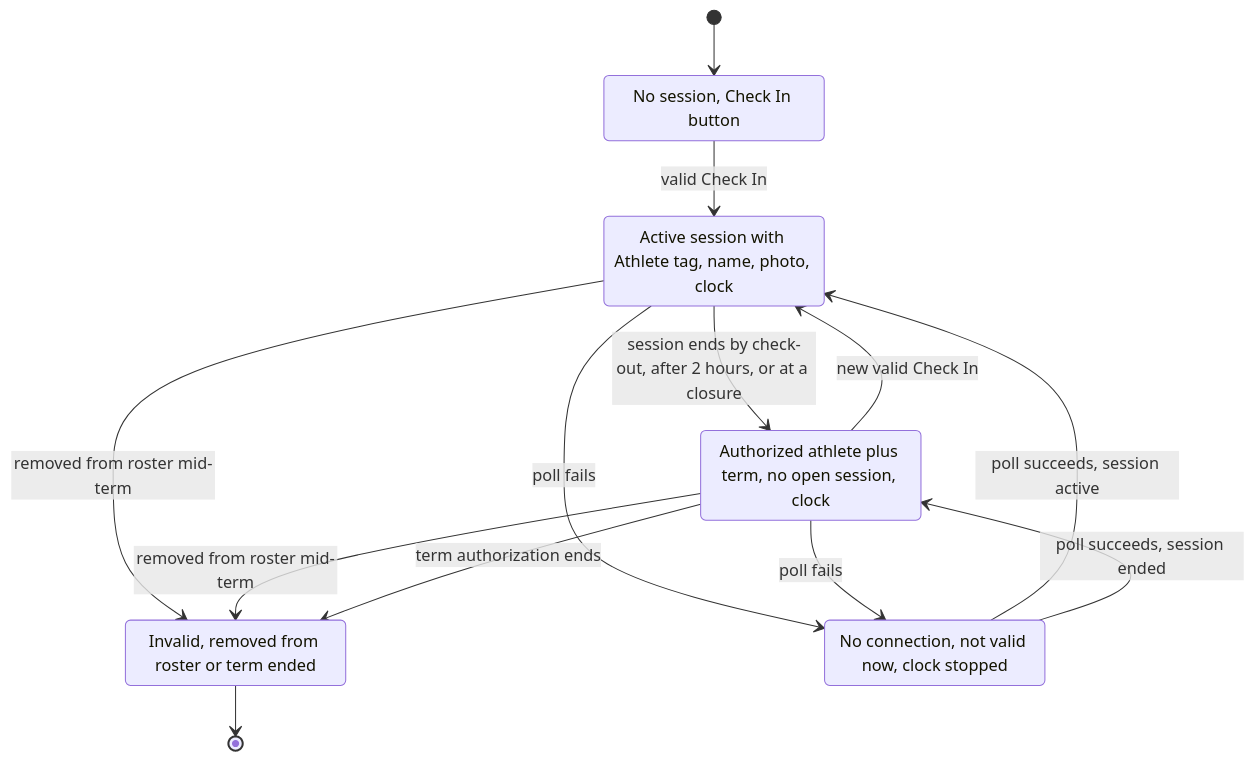
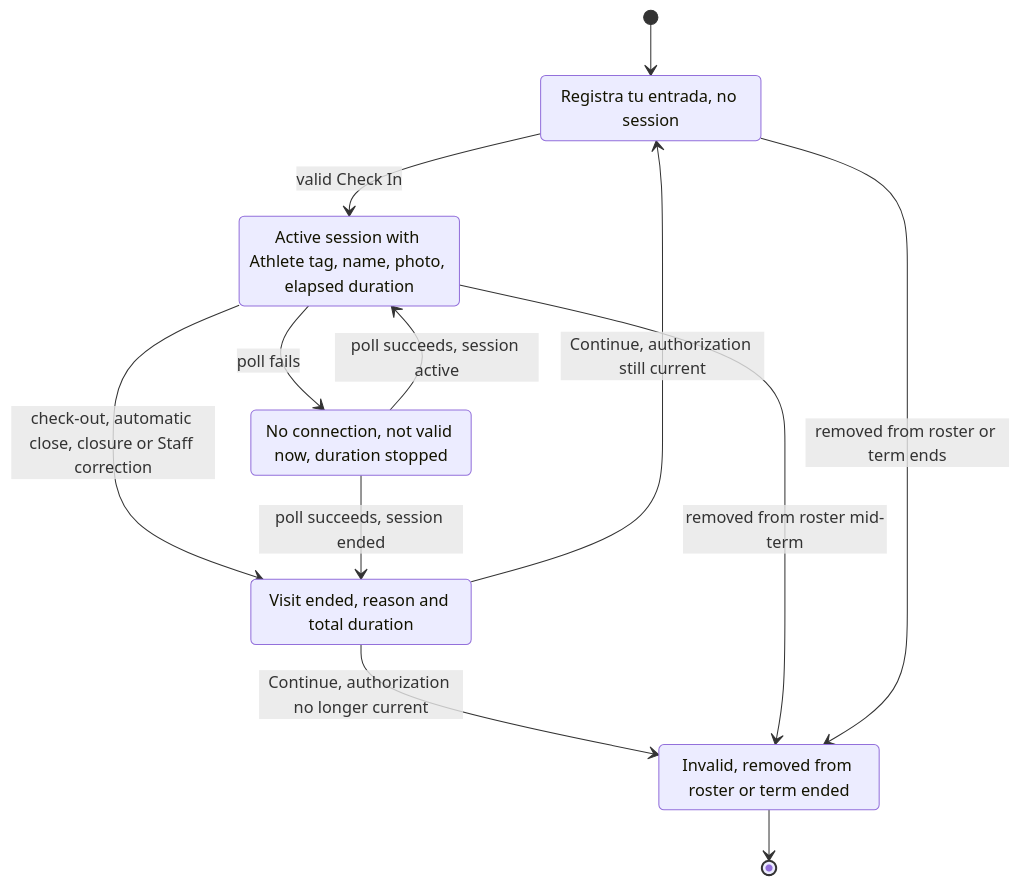
The seventh of 12 diagrams in docs/design/check-in-flows.md (Th3-Minorities/natatorio-gym-app), drawn with Mermaid before and after one commit. The commit also changed other lines of this file and 1 other file, not shown here.

Commit message:
more updates on changing to duration

````diff
--- a/docs/design/check-in-flows.md
+++ b/docs/design/check-in-flows.md
@@ -242,21 +243,20 @@
 ```mermaid
 stateDiagram-v2
-  state "No session, Check In button" as a_none
-  state "Active session with Athlete tag, name, photo, clock" as a_active
-  state "Authorized athlete plus term, no open session, clock" as a_valid
+  state "Registra tu entrada, no session" as a_none
+  state "Active session with Athlete tag, name, photo, elapsed duration" as a_active
+  state "Visit ended, reason and total duration" as a_ended
   state "Invalid, removed from roster or term ended" as a_invalid
-  state "No connection, not valid now, clock stopped" as a_offline
+  state "No connection, not valid now, duration stopped" as a_offline
 
   [*] --> a_none
   a_none --> a_active : valid Check In
-  a_active --> a_valid : session ends by check-out, after 2 hours, or at a closure
-  a_valid --> a_active : new valid Check In
+  a_active --> a_ended : check-out, automatic close, closure or Staff correction
+  a_ended --> a_none : Continue, authorization still current
+  a_ended --> a_invalid : Continue, authorization no longer current
   a_active --> a_offline : poll fails
-  a_valid --> a_offline : poll fails
   a_offline --> a_active : poll succeeds, session active
-  a_offline --> a_valid : poll succeeds, session ended
+  a_offline --> a_ended : poll succeeds, session ended
   a_active --> a_invalid : removed from roster mid-term
-  a_valid --> a_invalid : removed from roster mid-term
-  a_valid --> a_invalid : term authorization ends
+  a_none --> a_invalid : removed from roster or term ends
   a_invalid --> [*]
 ```
````
